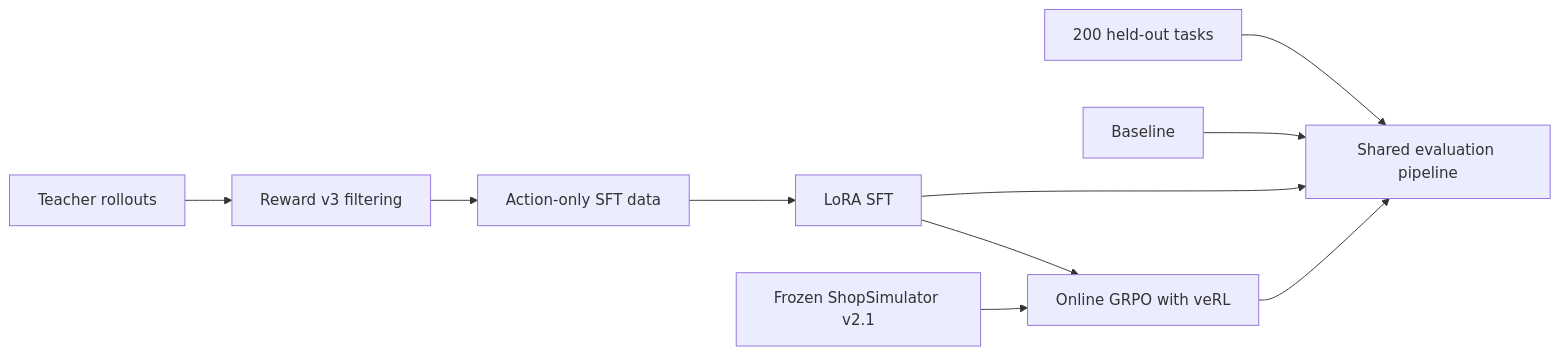
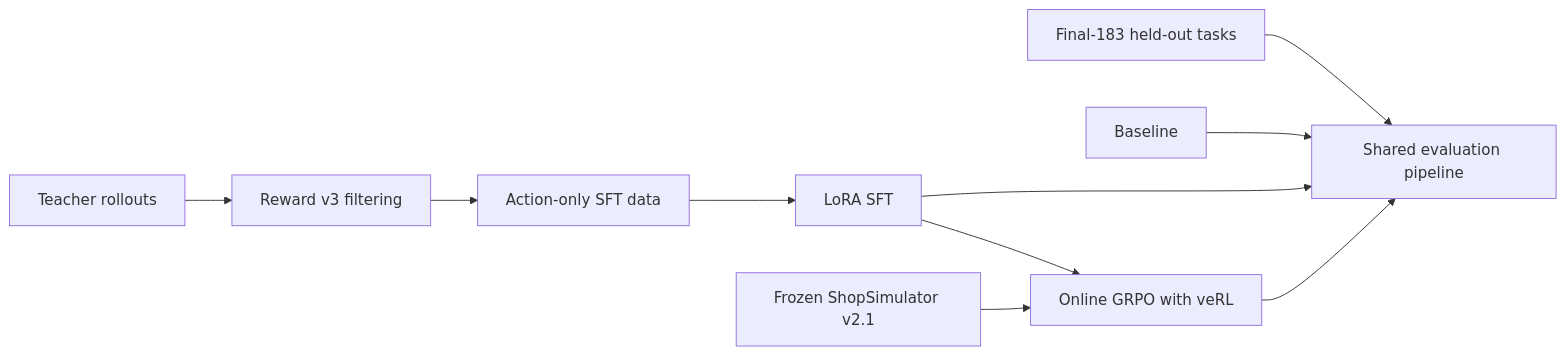
The first of 2 diagrams in README.en.md (YYHDBL/shopping-grpo-longhorizon), drawn with Mermaid before and after one commit. The commit also changed other lines of this file and 23 other files, not shown here.

````diff
--- a/README.en.md
+++ b/README.en.md
@@ -59,12 +59,12 @@
 ```mermaid
 flowchart LR
     A[Teacher rollouts] --> B[Reward v3 filtering]
     B --> C[Action-only SFT data]
     C --> D[LoRA SFT]
     D --> E[Online GRPO with veRL]
     F[Frozen ShopSimulator v2.1] --> E
-    G[200 held-out tasks] --> H[Shared evaluation pipeline]
+    G[Final-183 held-out tasks] --> H[Shared evaluation pipeline]
     I[Baseline] --> H
     D --> H
     E --> H
 ```
````
